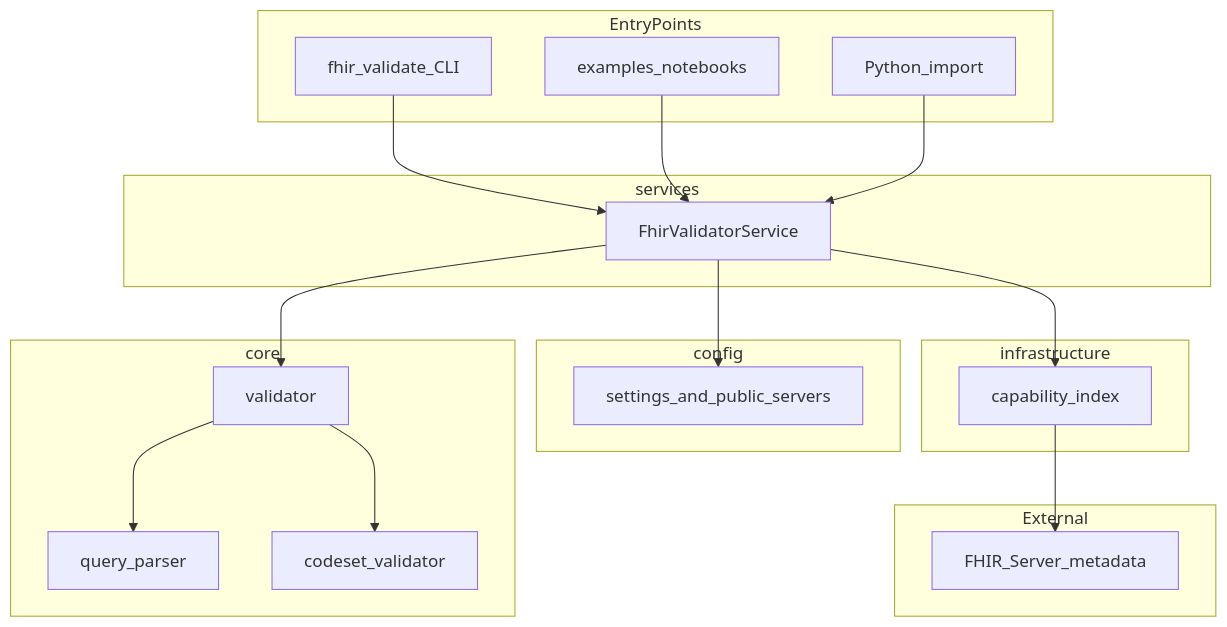
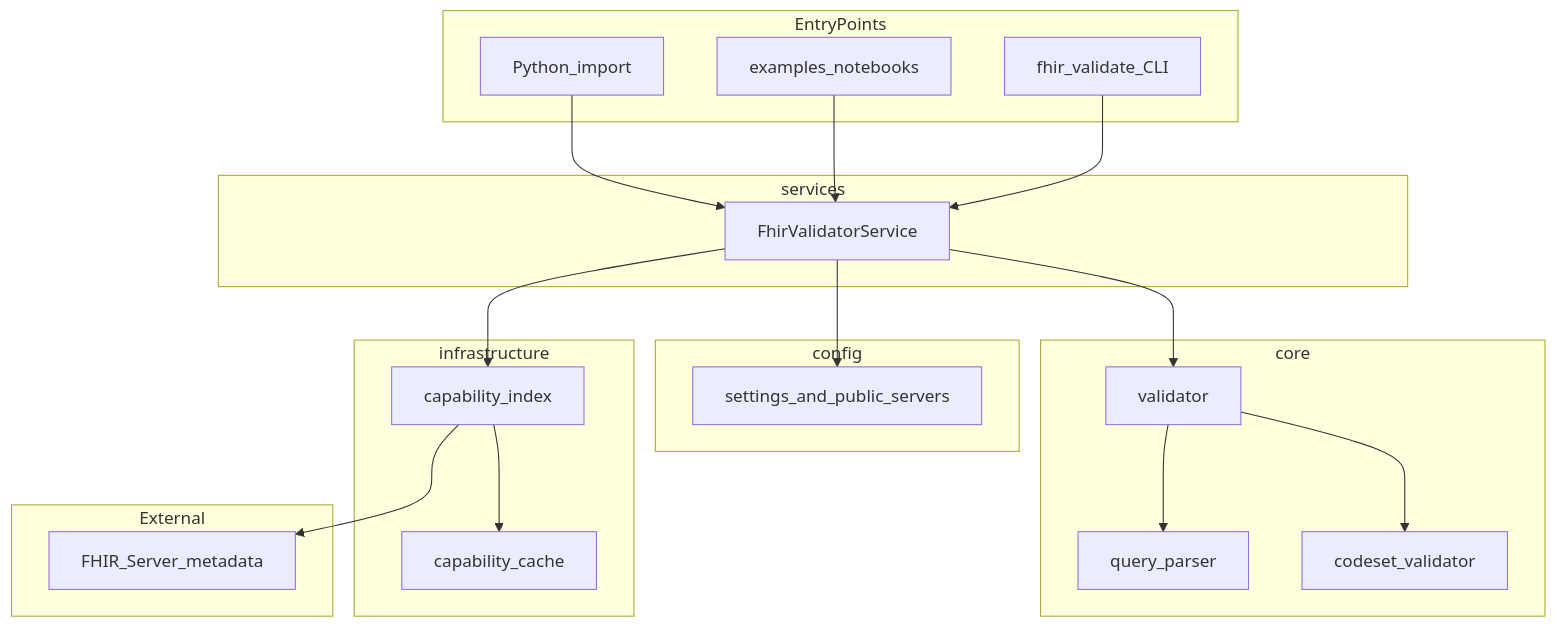
The first of 2 diagrams in docs/Spec/spec.md (yogesh-parte/fhirqueryvalidator), drawn with Mermaid before and after one commit. The commit also changed other lines of this file and 26 other files, not shown here.

````diff
--- a/docs/Spec/spec.md
+++ b/docs/Spec/spec.md
@@ -46,40 +46,42 @@
 ```mermaid
 flowchart TB
     subgraph entry [EntryPoints]
         CLI[fhir_validate_CLI]
         Notebook[examples_notebooks]
         Lib[Python_import]
     end
 
     subgraph services [services]
         ValidatorService[FhirValidatorService]
     end
 
     subgraph config [config]
         Settings[settings_and_public_servers]
     end
 
     subgraph core [core]
         Parser[query_parser]
         Validator[validator]
         Codesets[codeset_validator]
     end
 
     subgraph infra [infrastructure]
+        CapCache[capability_cache]
         CapIndex[capability_index]
     end
 
     subgraph external [External]
         FHIRServer[FHIR_Server_metadata]
     end
 
     CLI --> ValidatorService
     Notebook --> ValidatorService
     Lib --> ValidatorService
     ValidatorService --> Settings
     ValidatorService --> CapIndex
     ValidatorService --> Validator
     Validator --> Parser
     Validator --> Codesets
+    CapIndex --> CapCache
     CapIndex --> FHIRServer
 ```
````
